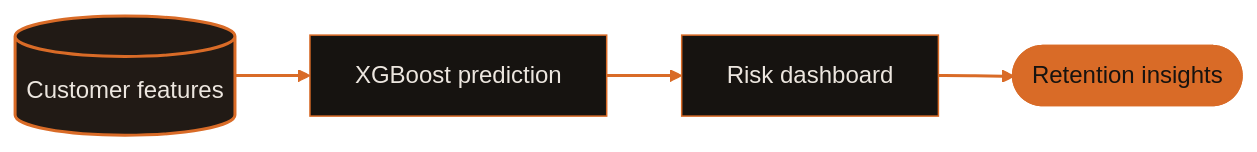
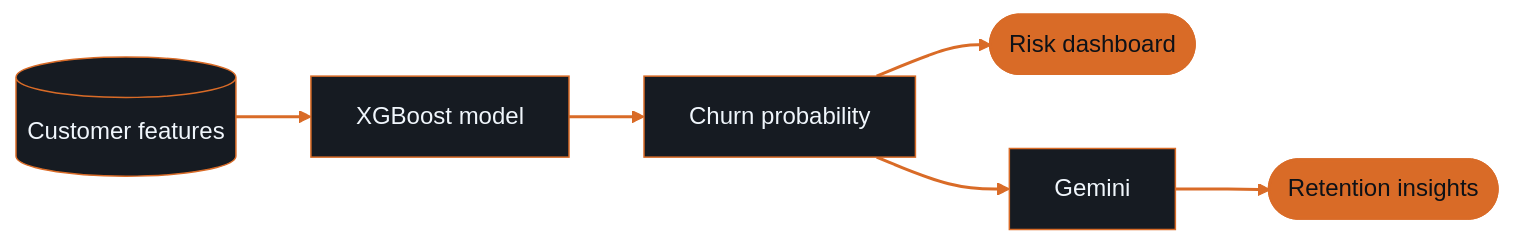
The third of 3 diagrams in README.md (Bixal99/Bixal99), drawn with Mermaid before and after one commit. The commit also changed other lines of this file, not shown here.

````diff
--- a/README.md
+++ b/README.md
@@ -213,14 +105,14 @@
 ```mermaid
-%%{init: {"theme":"base","themeVariables":{"background":"#161310","primaryColor":"#211A15","primaryTextColor":"#ECE6DF","primaryBorderColor":"#D96B27","lineColor":"#D96B27","edgeLabelBackground":"#161310","fontFamily":"monospace"},"flowchart":{"htmlLabels":false,"curve":"basis"}}}%%
+%%{init: {"theme":"base","themeVariables":{"primaryColor":"#161B22","primaryTextColor":"#F0F6FC","primaryBorderColor":"#D96B27","lineColor":"#D96B27","edgeLabelBackground":"#0D1117","fontFamily":"Arial"},"flowchart":{"htmlLabels":false,"curve":"basis"}}}%%
 flowchart LR
-    DATA[(Customer features)] --> MODEL[XGBoost prediction]
-    MODEL --> RISK[Risk dashboard]
-    RISK --> INSIGHTS([Retention insights])
-    classDef input fill:#211A15,stroke:#D96B27,color:#ECE6DF,stroke-width:2px
-    classDef process fill:#161310,stroke:#D96B27,color:#ECE6DF,stroke-width:1px
-    classDef output fill:#D96B27,stroke:#D96B27,color:#161310,stroke-width:2px
-    class DATA input
-    class MODEL,RISK process
-    class INSIGHTS output
+    DATA[(Customer features)] --> MODEL[XGBoost model]
+    MODEL --> RISK[Churn probability]
+    RISK --> DASHBOARD([Risk dashboard])
+    RISK --> GEMINI[Gemini]
+    GEMINI --> INSIGHTS([Retention insights])
+    class DATA,MODEL,RISK,GEMINI panel
+    class DASHBOARD,INSIGHTS result
+    classDef panel fill:#161B22,stroke:#D96B27,color:#F0F6FC,stroke-width:1px
+    classDef result fill:#D96B27,stroke:#D96B27,color:#0D1117,stroke-width:2px
     linkStyle default stroke:#D96B27,stroke-width:2px
 ```
````
